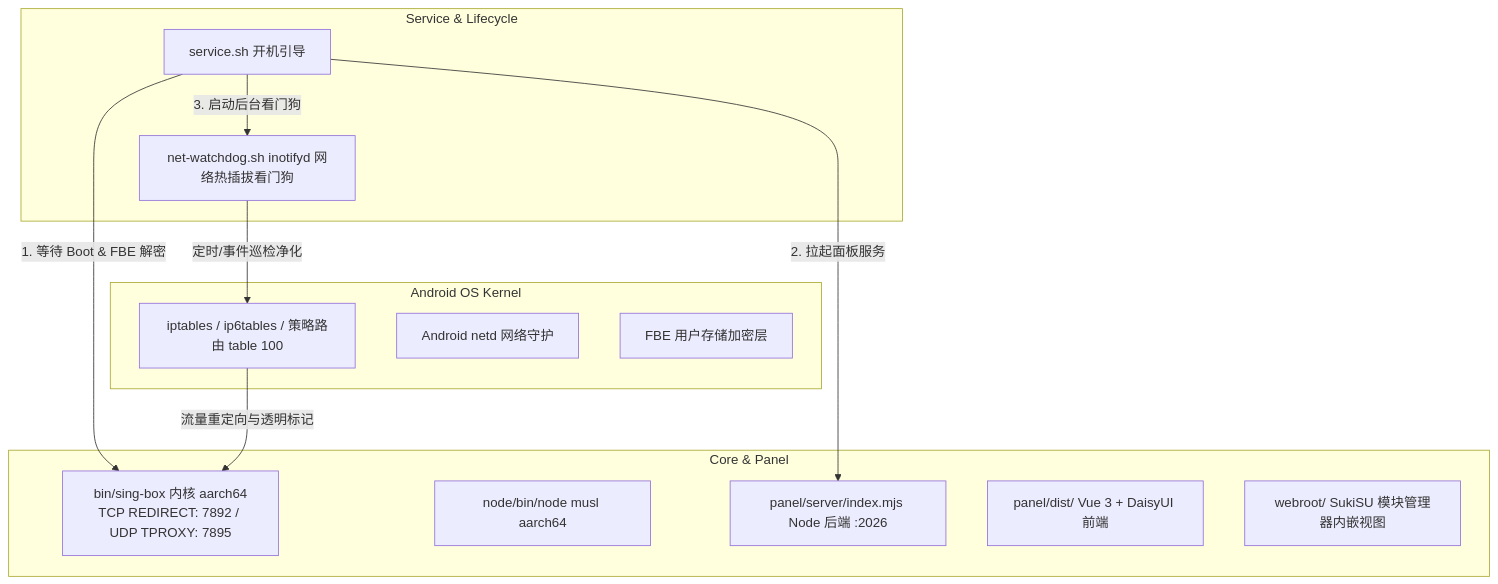
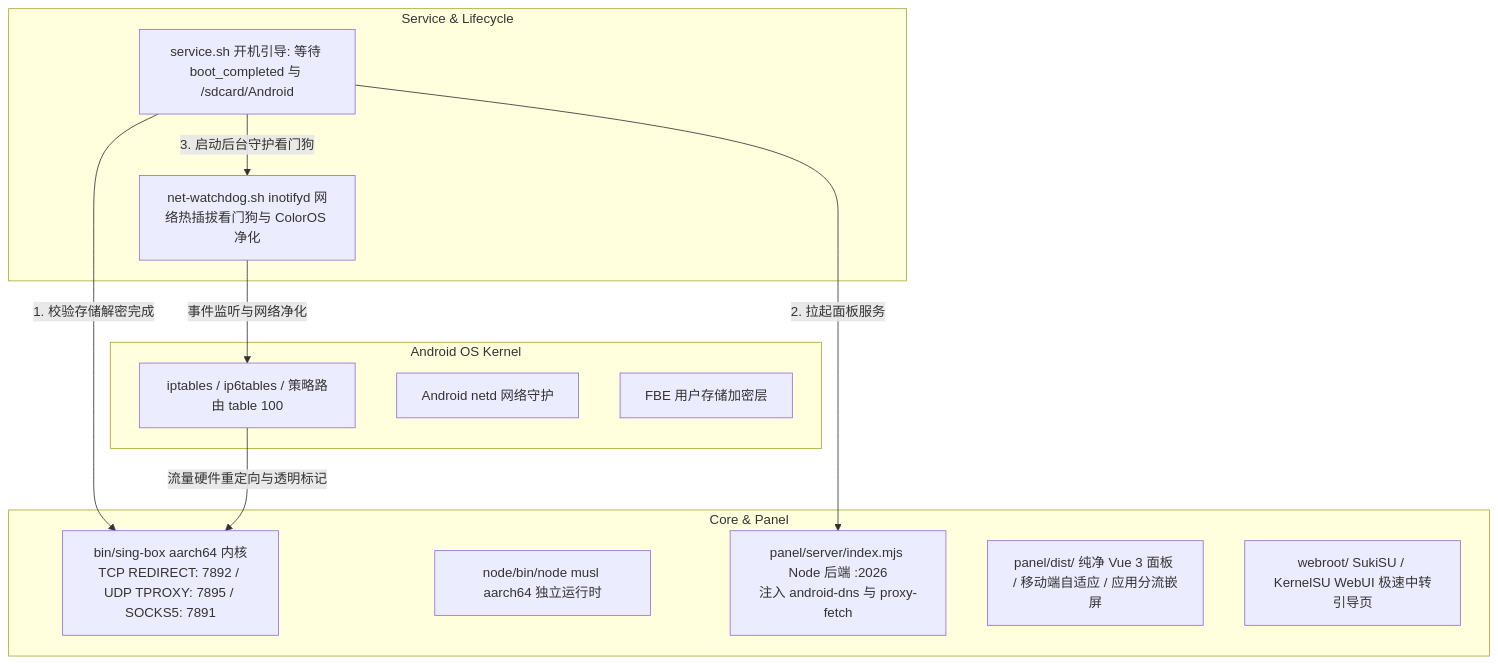
The diagram in AGENT_HANDOFF.md (ailiksr/OpenBox-Android), drawn with Mermaid before and after one commit. The commit also changed other lines of this file and 30 other files, not shown here.

Commit message:
docs: update AGENT_HANDOFF.md with v2.0.8 architecture, offline rulesets and cloud CI/CD workflow

````diff
--- a/AGENT_HANDOFF.md
+++ b/AGENT_HANDOFF.md
@@ -33,27 +56,27 @@
 ```mermaid
 flowchart TD
     subgraph Android OS Kernel
         IPT[iptables / ip6tables / 策略路由 table 100]
         NETD[Android netd 网络守护]
         FBE[FBE 用户存储加密层]
     end
 
     subgraph Service & Lifecycle
-        BOOT[service.sh 开机引导]
-        WD[net-watchdog.sh inotifyd 网络热插拔看门狗]
+        BOOT[service.sh 开机引导: 等待 boot_completed 与 /sdcard/Android]
+        WD[net-watchdog.sh inotifyd 网络热插拔看门狗与 ColorOS 净化]
     end
 
     subgraph Core & Panel
-        SB[bin/sing-box 内核 aarch64\nTCP REDIRECT: 7892 / UDP TPROXY: 7895]
-        NODE[node/bin/node musl aarch64]
-        SERVER[panel/server/index.mjs Node 后端 :2026]
-        DIST[panel/dist/ Vue 3 + DaisyUI 前端]
-        WEBROOT[webroot/ SukiSU 模块管理器内嵌视图]
+        SB[bin/sing-box aarch64 内核\nTCP REDIRECT: 7892 / UDP TPROXY: 7895 / SOCKS5: 7891]
+        NODE[node/bin/node musl aarch64 独立运行时]
+        SERVER[panel/server/index.mjs Node 后端 :2026\n注入 android-dns 与 proxy-fetch]
+        DIST[panel/dist/ 纯净 Vue 3 面板 / 移动端自适应 / 应用分流嵌屏]
+        WEBROOT[webroot/ SukiSU / KernelSU WebUI 极速中转引导页]
     end
 
-    BOOT -->|1. 等待 Boot & FBE 解密| SB
+    BOOT -->|1. 校验存储解密完成| SB
     BOOT -->|2. 拉起面板服务| SERVER
-    BOOT -->|3. 启动后台看门狗| WD
-    WD -->|定时/事件巡检净化| IPT
-    IPT -->|流量重定向与透明标记| SB
+    BOOT -->|3. 启动后台守护看门狗| WD
+    WD -->|事件监听与网络净化| IPT
+    IPT -->|流量硬件重定向与透明标记| SB
 ```
````
